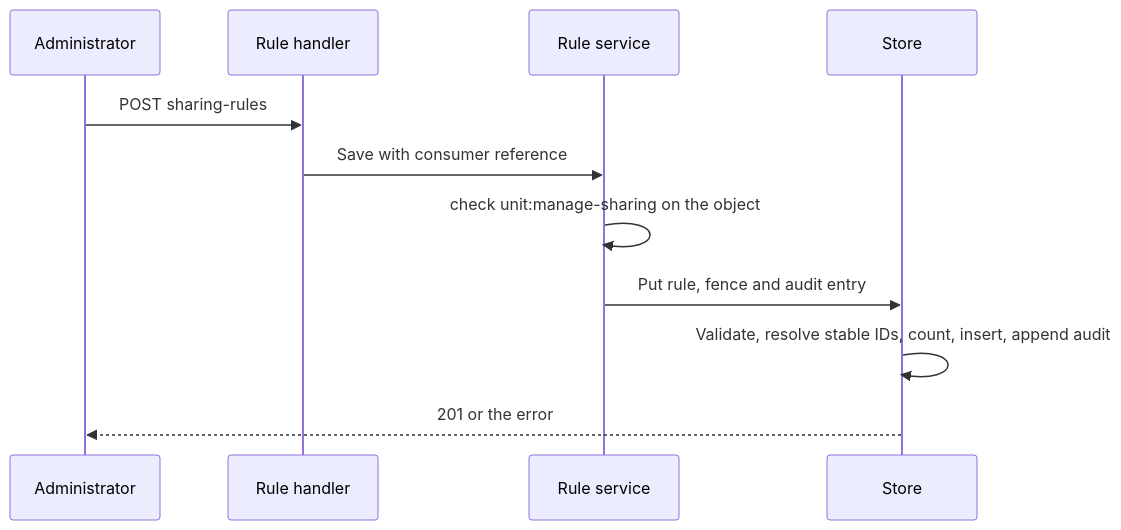
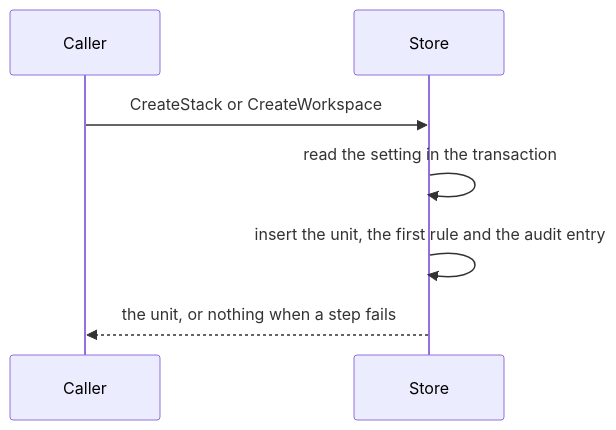
One commit to OpenDustpan/OpenDustpan changed the first of 2 diagrams in openspec/changes/add-output-sharing-setting-new/design.md. Above: the diagram before and after it, drawn with Mermaid. The commit also changed other lines of this file and 10 other files, not shown here.

First line of the commit message:
spec: split add-output-sharing-setting-new into the store part and the rules API

````diff
--- a/openspec/changes/add-output-sharing-setting-new/design.md
+++ b/openspec/changes/add-output-sharing-setting-new/design.md
@@ -45,13 +26,9 @@
 ```mermaid
 sequenceDiagram
-participant A as Administrator
-participant H as Rule handler
-participant S as Rule service
+participant A as Caller
 participant T as Store
-A->>H: POST sharing-rules
-H->>S: Save with consumer reference
-S->>S: check unit:manage-sharing on the object
-S->>T: Put rule, fence and audit entry
-T->>T: Validate, resolve stable IDs, count, insert, append audit
-T-->>A: 201 or the error
+A->>T: CreateStack or CreateWorkspace
+T->>T: read the setting in the transaction
+T->>T: insert the unit, the first rule and the audit entry
+T-->>A: the unit, or nothing when a step fails
 ```
````
